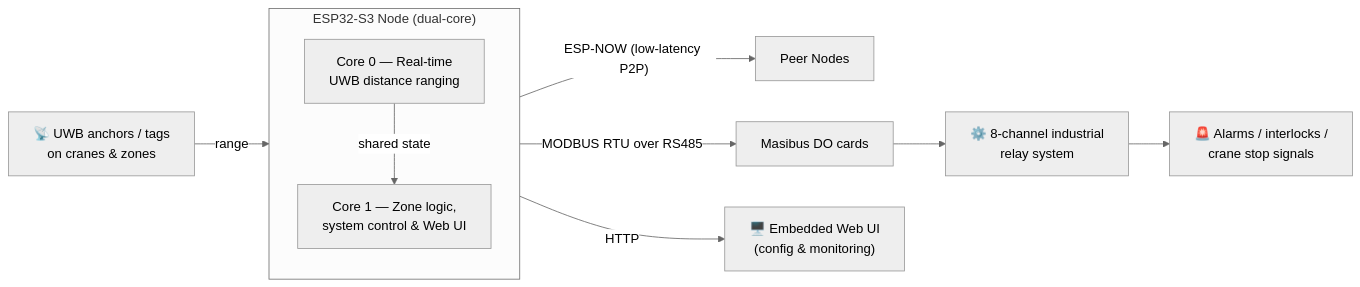
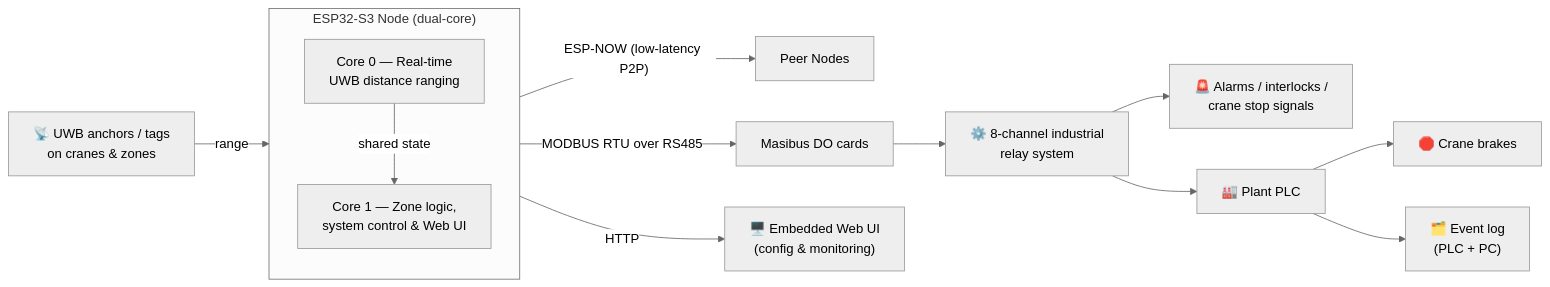
One commit to ramuroy/Industrial-Anti-Collision-System changed the diagram in README.md. Above: the diagram before and after it, drawn with Mermaid (neutral theme). The commit also changed other lines of this file, not shown here.

Commit message:
Case study: DWM1000, why not Bluetooth signal strength, traffic-light zones, PLC braking, logging

````diff
--- a/README.md
+++ b/README.md
@@ -33,16 +33,19 @@
 ```mermaid
 flowchart LR
     subgraph Node["ESP32-S3 Node (dual-core)"]
         direction TB
         C0["Core 0 — Real-time<br/>UWB distance ranging"]
         C1["Core 1 — Zone logic,<br/>system control & Web UI"]
         C0 -- shared state --> C1
     end
 
     A["📡 UWB anchors / tags<br/>on cranes & zones"] -- range --> C0
     Node -- "ESP-NOW (low-latency P2P)" --> B["Peer Nodes"]
     C1 -- "MODBUS RTU over RS485" --> D["Masibus DO cards"]
     D --> E["⚙️ 8-channel industrial<br/>relay system"]
     E --> F["🚨 Alarms / interlocks /<br/>crane stop signals"]
+    E --> P["🏭 Plant PLC"]
+    P --> Q["🛑 Crane brakes"]
+    P --> L["🗂️ Event log<br/>(PLC + PC)"]
     C1 -- HTTP --> G["🖥️ Embedded Web UI<br/>(config & monitoring)"]
 ```
````
